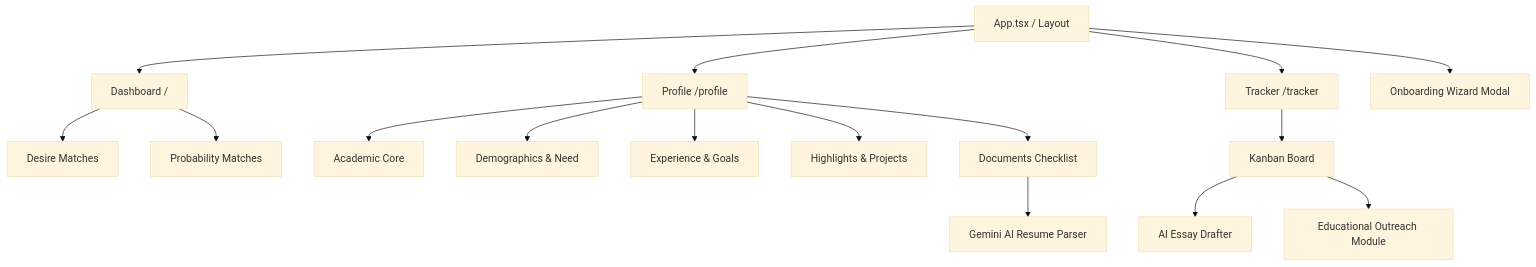
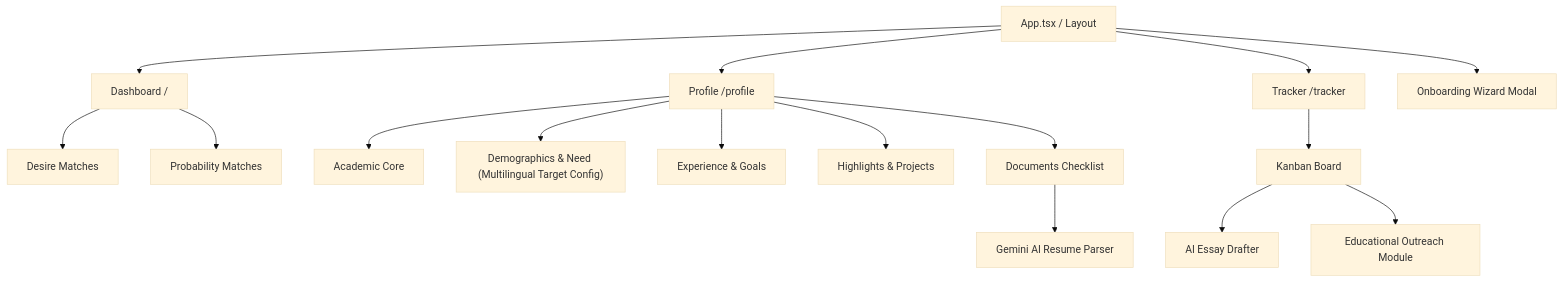
One commit to miguelangelcdm/scholarship-hunter changed the diagram in README.md. Above: the diagram before and after it, drawn with Mermaid (base theme). The commit also changed other lines of this file and 26 other files, not shown here.

````diff
--- a/README.md
+++ b/README.md
@@ -13,18 +15,18 @@
 ```mermaid
 graph TD;
     A[App.tsx / Layout] --> B[Dashboard /];
     A --> C[Profile /profile];
     A --> D[Tracker /tracker];
     A --> O[Onboarding Wizard Modal];
     B --> E[Desire Matches];
     B --> F[Probability Matches];
     C --> G[Academic Core];
-    C --> H[Demographics & Need];
+    C --> H["Demographics & Need (Multilingual Target Config)"];
     C --> J[Experience & Goals];
     C --> K[Highlights & Projects];
     C --> L[Documents Checklist];
     L --> M[Gemini AI Resume Parser];
     D --> I[Kanban Board];
     I --> P[AI Essay Drafter];
     I --> Q[Educational Outreach Module];
 ```
````
